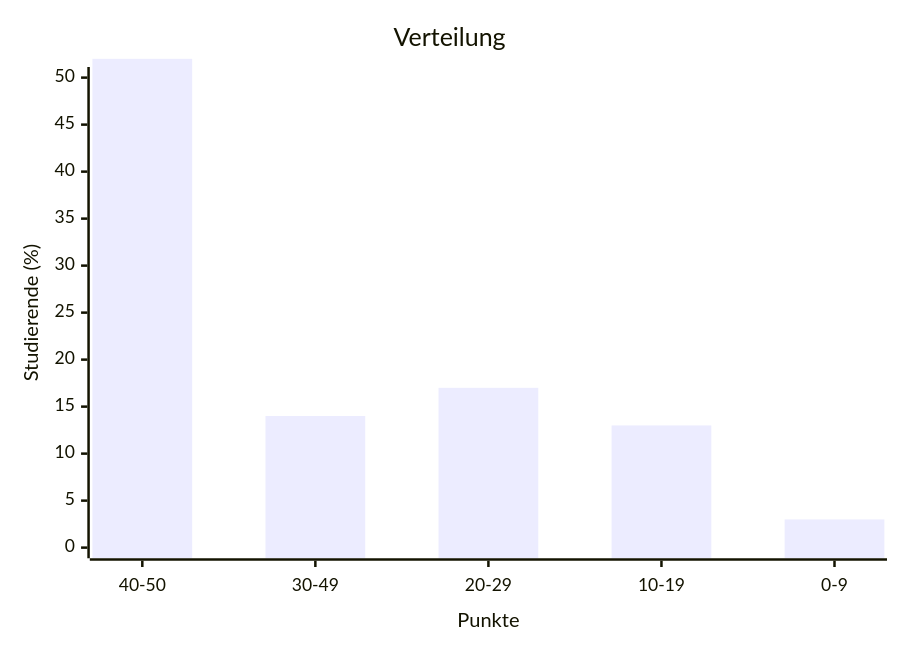
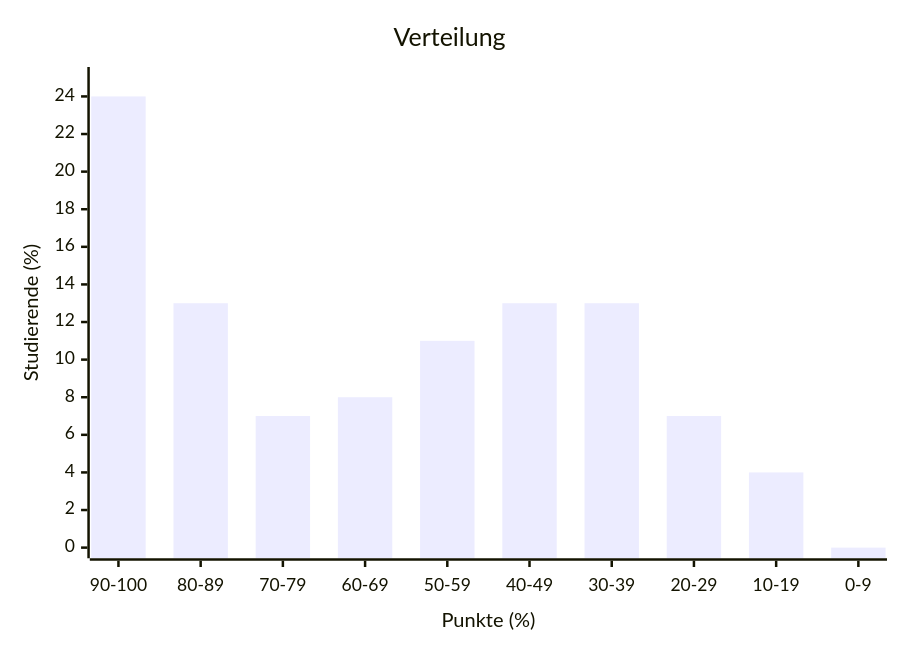
The first of 4 diagrams in docs/additional-material/daniel/coding2-wi/exam-results.md (jappuccini/java-docs), drawn with Mermaid before and after one commit. The commit also changed other lines of this file and 1 other file, not shown here.

````diff
--- a/docs/additional-material/daniel/coding2-wi/exam-results.md
+++ b/docs/additional-material/daniel/coding2-wi/exam-results.md
@@ -18,7 +23,7 @@
 ```mermaid
 xychart-beta
    title "Verteilung"
-   x-axis "Punkte" ["40-50", "30-49", "20-29", "10-19", "0-9"]
-   y-axis "Studierende (%)" 0 --> 50
-   bar [52, 14, 17, 13, 3]
+   x-axis "Punkte (%)" ["90-100", "80-89", "70-79", "60-69", "50-59", "40-49", "30-39", "20-29", "10-19", "0-9"]
+   y-axis "Studierende (%)" 0 --> 25
+   bar [24, 13, 7, 8, 11, 13, 13, 7, 4, 0]
 ```
````
